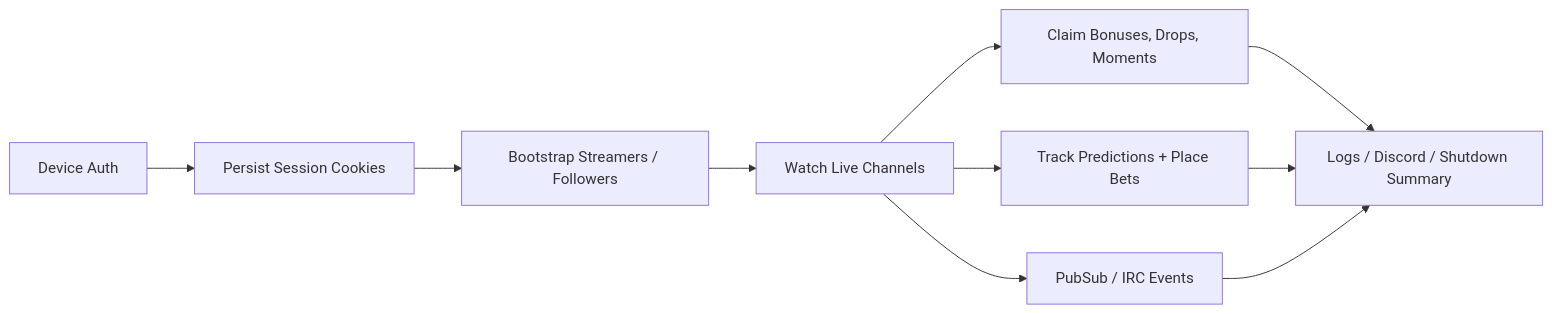
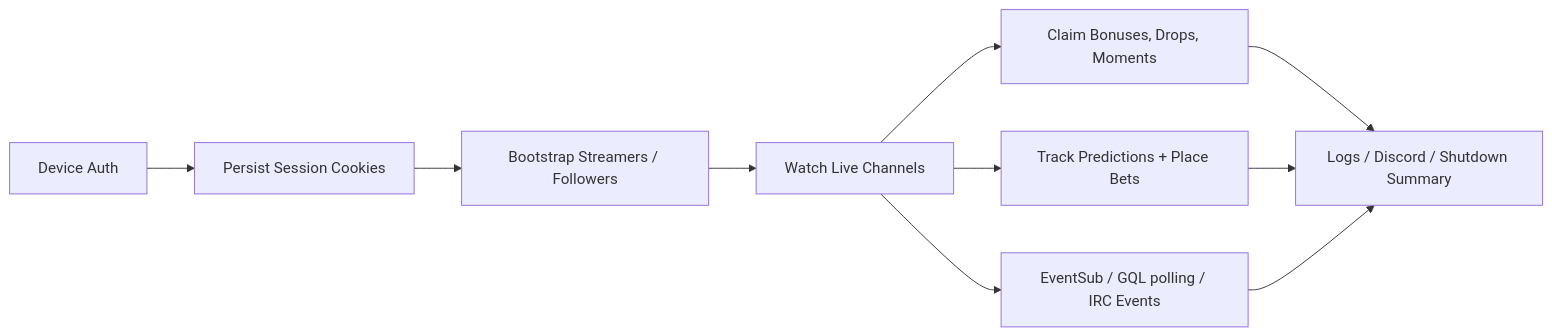
One commit to FueledByRedBull/Twitch-Miner-Rust changed the diagram in README.md. Above: the diagram before and after it, drawn with Mermaid. The commit also changed other lines of this file and 72 other files, not shown here.

````diff
--- a/README.md
+++ b/README.md
@@ -28,12 +28,12 @@
 ```mermaid
 flowchart LR
     A["Device Auth"] --> B["Persist Session Cookies"]
     B --> C["Bootstrap Streamers / Followers"]
     C --> D["Watch Live Channels"]
     D --> E["Claim Bonuses, Drops, Moments"]
     D --> F["Track Predictions + Place Bets"]
-    D --> G["PubSub / IRC Events"]
+    D --> G["EventSub / GQL polling / IRC Events"]
     E --> H["Logs / Discord / Shutdown Summary"]
     F --> H
     G --> H
 ```
````
